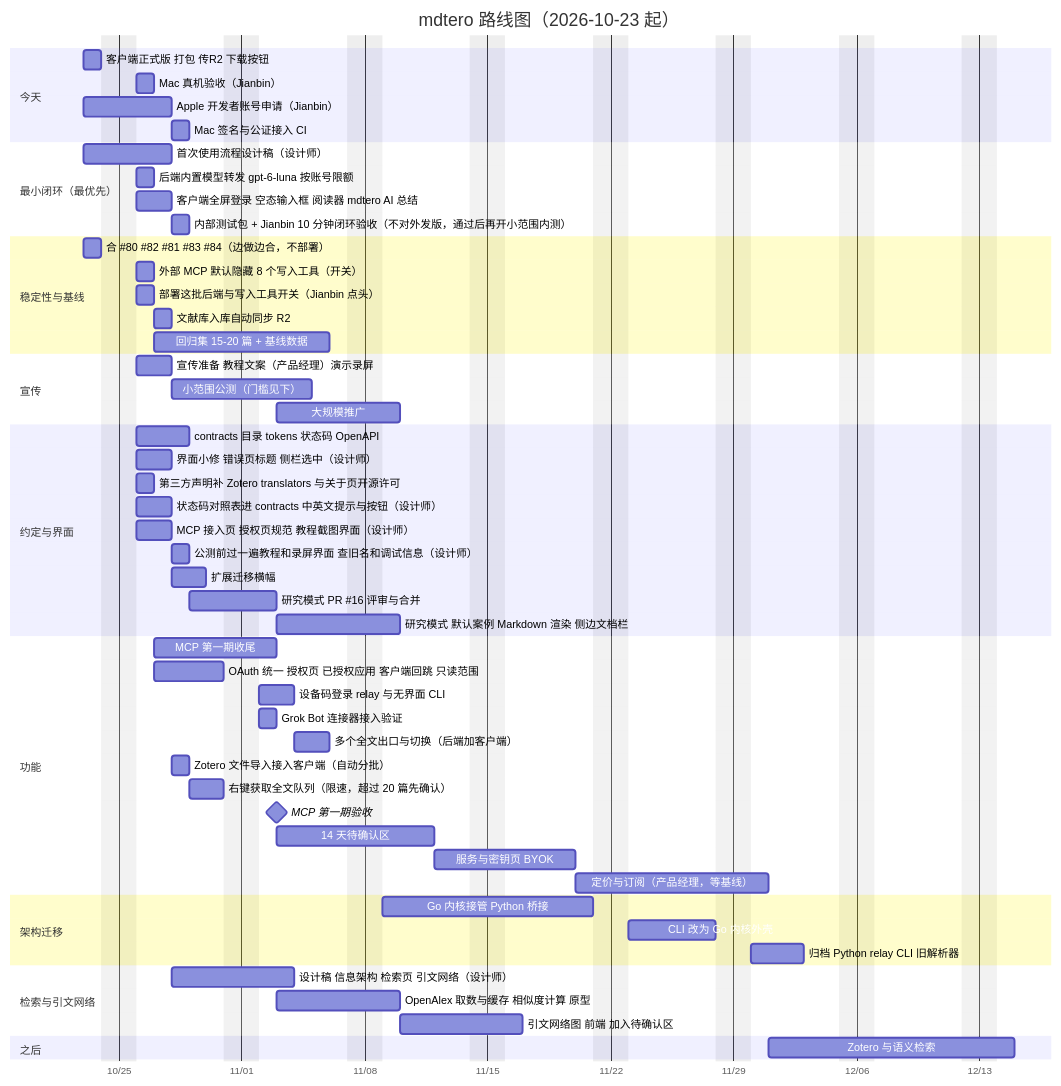
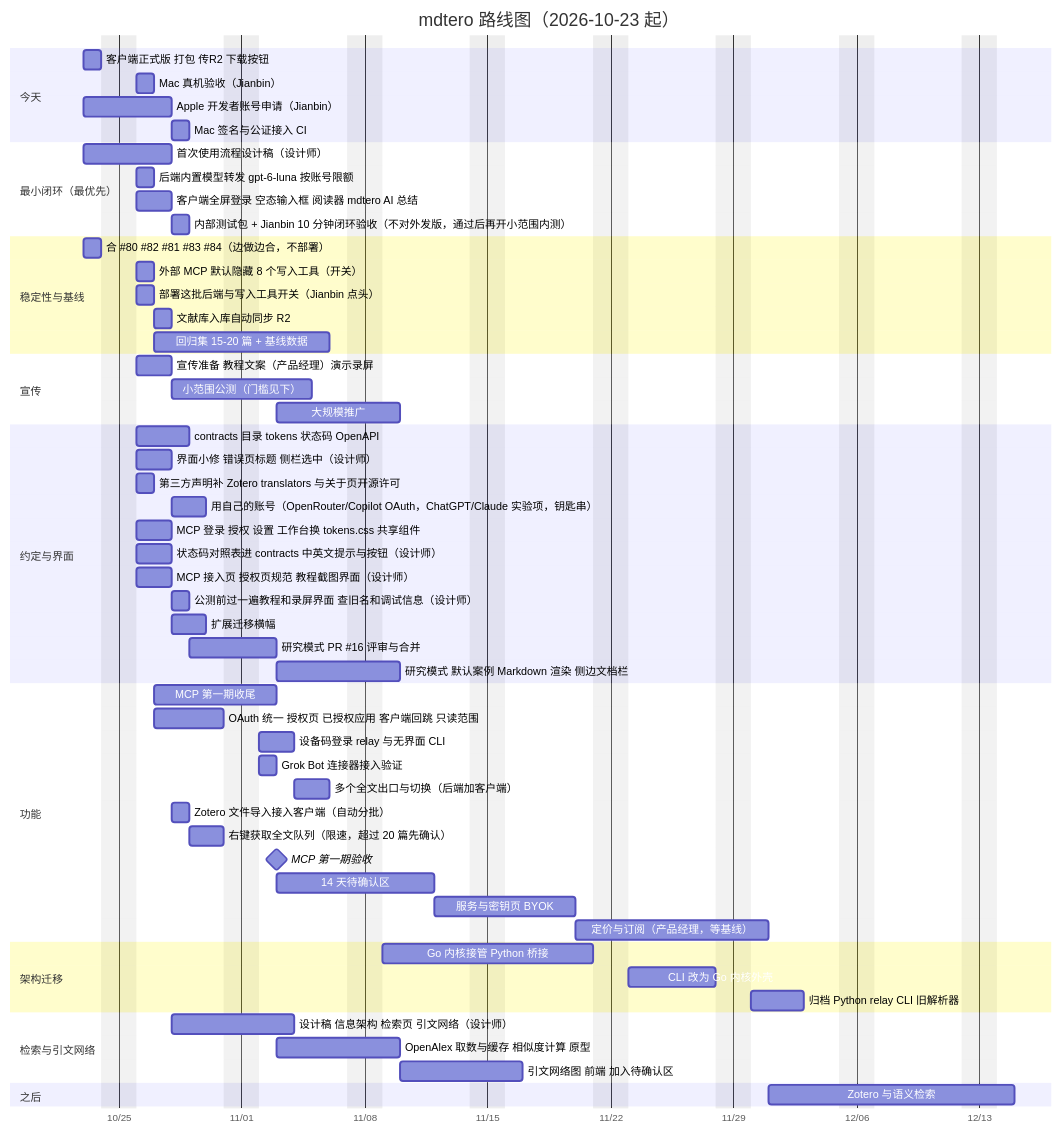
Before and after one commit to JonbinC/doi2md: the diagram in docs/roadmap/gantt.md, drawn with Mermaid.

Commit message:
docs(gantt): own-account AI sign-in and MCP UI unification

````diff
--- a/docs/roadmap/gantt.md
+++ b/docs/roadmap/gantt.md
@@ -2,59 +2,61 @@
 ```mermaid
 gantt
     title mdtero 路线图（2026-10-23 起）
     dateFormat YYYY-MM-DD
     axisFormat %m/%d
     excludes weekends
     section 今天
     客户端正式版 打包 传R2 下载按钮      :a1, 2026-10-23, 1d
     Mac 真机验收（Jianbin）               :a2, after a1, 1d
     Apple 开发者账号申请（Jianbin）       :a3, 2026-10-23, 3d
     Mac 签名与公证接入 CI                 :a4, after a3, 1d
     section 最小闭环（最优先）
     首次使用流程设计稿（设计师）           :m1, 2026-10-23, 3d
     后端内置模型转发 gpt-6-luna 按账号限额  :m2, 2026-10-26, 1d
     客户端全屏登录 空态输入框 阅读器 mdtero AI 总结 :m3, 2026-10-26, 2d
     内部测试包 + Jianbin 10 分钟闭环验收（不对外发版，通过后再开小范围内测） :m4, after m3, 1d
     section 稳定性与基线
     合 #80 #82 #81 #83 #84（边做边合，不部署）  :b1, 2026-10-23, 1d
     外部 MCP 默认隐藏 8 个写入工具（开关）      :b6, after b1, 1d
     部署这批后端与写入工具开关（Jianbin 点头） :b3, 2026-10-26, 1d
     文献库入库自动同步 R2                  :b5, after b3, 1d
     回归集 15-20 篇 + 基线数据             :b4, after b3, 8d
     section 宣传
     宣传准备 教程文案（产品经理）演示录屏    :p1, 2026-10-26, 2d
     小范围公测（门槛见下）                 :p2, 2026-10-28, 6d
     大规模推广                            :p3, after d4, 5d
     section 约定与界面
     contracts 目录 tokens 状态码 OpenAPI  :c1, 2026-10-26, 3d
     界面小修 错误页标题 侧栏选中（设计师） :c2, 2026-10-26, 2d
     第三方声明补 Zotero translators 与关于页开源许可 :c9, 2026-10-26, 1d
+    用自己的账号（OpenRouter/Copilot OAuth，ChatGPT/Claude 实验项，钥匙串） :c10, after m3, 2d
+    MCP 登录 授权 设置 工作台换 tokens.css 共享组件 :u2, 2026-10-26, 2d
     状态码对照表进 contracts 中英文提示与按钮（设计师） :c5, 2026-10-26, 2d
     MCP 接入页 授权页规范 教程截图界面（设计师） :c6, 2026-10-26, 2d
     公测前过一遍教程和录屏界面 查旧名和调试信息（设计师） :c7, after c6, 1d
     扩展迁移横幅                          :c4, 2026-10-28, 2d
     研究模式 PR #16 评审与合并             :c3, after c1, 3d
     研究模式 默认案例 Markdown 渲染 侧边文档栏 :c8, after c3, 5d
     section 功能
     MCP 第一期收尾                         :d1, after b3, 5d
     OAuth 统一 授权页 已授权应用 客户端回跳 只读范围 :o1, after b3, 4d
     设备码登录 relay 与无界面 CLI               :o2, after o1, 2d
     Grok Bot 连接器接入验证                    :g1, after o1, 1d
     多个全文出口与切换（后端加客户端）          :r1, after o2, 2d
     Zotero 文件导入接入客户端（自动分批）       :z1, after m3, 1d
     右键获取全文队列（限速，超过 20 篇先确认）     :z2, after z1, 2d
     MCP 第一期验收                         :milestone, d4, after d1 o1 g1 a4, 0d
     14 天待确认区                          :d2, after d4, 7d
     服务与密钥页 BYOK                      :d3, after d2, 6d
     定价与订阅（产品经理，等基线）          :d5, after d3, 7d
     section 架构迁移
     Go 内核接管 Python 桥接                :e1, 2026-11-09, 10d
     CLI 改为 Go 内核外壳                   :e2, after e1, 5d
     归档 Python relay CLI 旧解析器         :e3, after e2, 3d
     section 检索与引文网络
     设计稿 信息架构 检索页 引文网络（设计师） :s1, 2026-10-28, 5d
     OpenAlex 取数与缓存 相似度计算 原型       :s2, after d4, 5d
     引文网络图 前端 加入待确认区               :s3, after s2, 5d
     section 之后
     Zotero 与语义检索                      :f1, after d5, 10d
 ```
````
